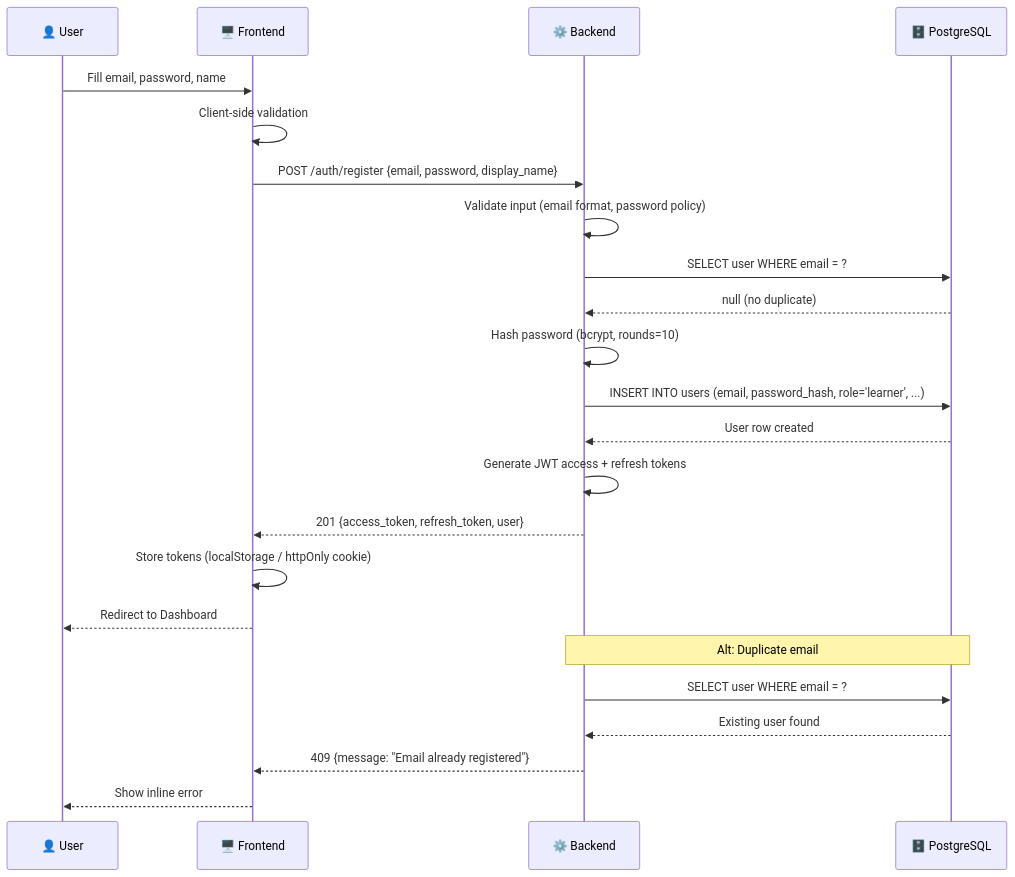
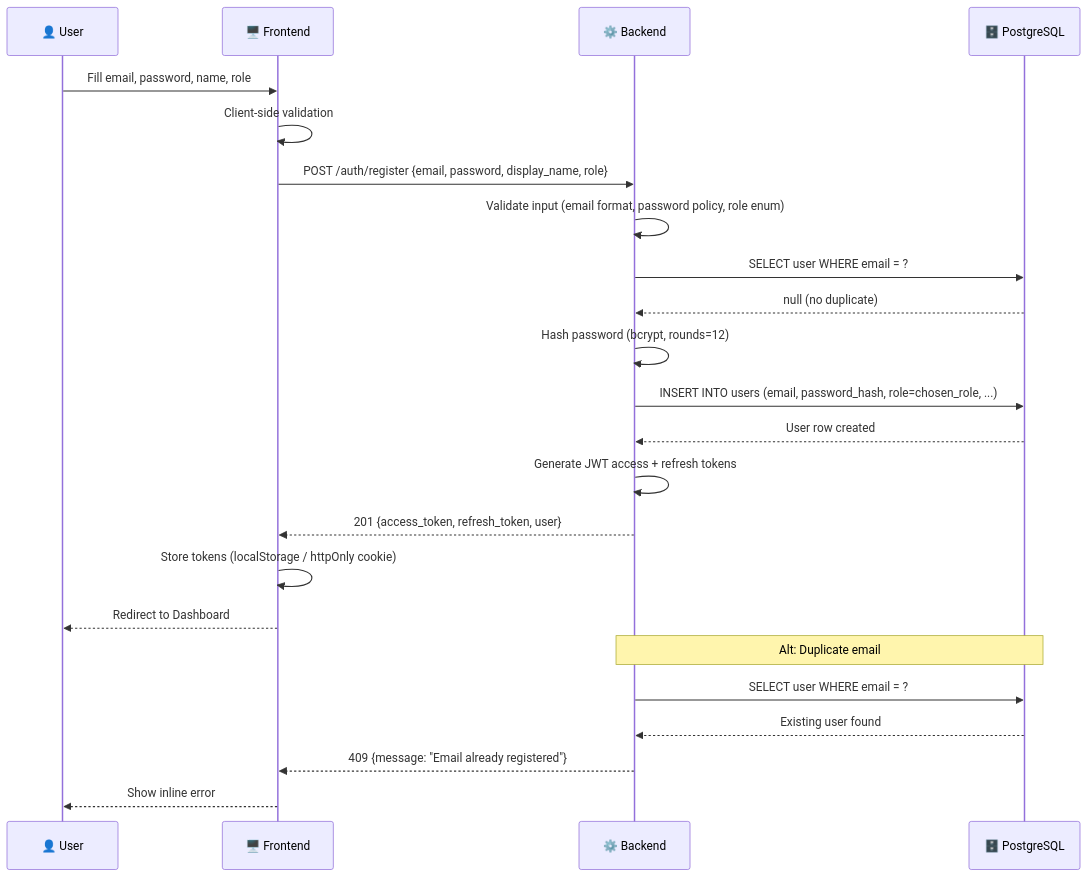
One commit to Ttuandatt/IELTS_Instructor changed the first of 8 diagrams in docs/step3_prd/15_sequence_diagrams.md. Above: the diagram before and after it, drawn with Mermaid. The commit also changed 9 other files, not shown here.

First line of the commit message:
feat: allow role selection (learner/instructor/admin) during registration

````diff
--- a/docs/step3_prd/15_sequence_diagrams.md
+++ b/docs/step3_prd/15_sequence_diagrams.md
@@ -13,27 +13,27 @@
 ```mermaid
 sequenceDiagram
     participant U as 👤 User
     participant FE as 🖥️ Frontend
     participant BE as ⚙️ Backend
     participant DB as 🗄️ PostgreSQL
 
-    U->>FE: Fill email, password, name
+    U->>FE: Fill email, password, name, role
     FE->>FE: Client-side validation
-    FE->>BE: POST /auth/register {email, password, display_name}
-    BE->>BE: Validate input (email format, password policy)
+    FE->>BE: POST /auth/register {email, password, display_name, role}
+    BE->>BE: Validate input (email format, password policy, role enum)
     BE->>DB: SELECT user WHERE email = ?
     DB-->>BE: null (no duplicate)
-    BE->>BE: Hash password (bcrypt, rounds=10)
-    BE->>DB: INSERT INTO users (email, password_hash, role='learner', ...)
+    BE->>BE: Hash password (bcrypt, rounds=12)
+    BE->>DB: INSERT INTO users (email, password_hash, role=chosen_role, ...)
     DB-->>BE: User row created
     BE->>BE: Generate JWT access + refresh tokens
     BE-->>FE: 201 {access_token, refresh_token, user}
     FE->>FE: Store tokens (localStorage / httpOnly cookie)
     FE-->>U: Redirect to Dashboard
 
     Note over BE,DB: Alt: Duplicate email
     BE->>DB: SELECT user WHERE email = ?
     DB-->>BE: Existing user found
     BE-->>FE: 409 {message: "Email already registered"}
     FE-->>U: Show inline error
 ```
````
